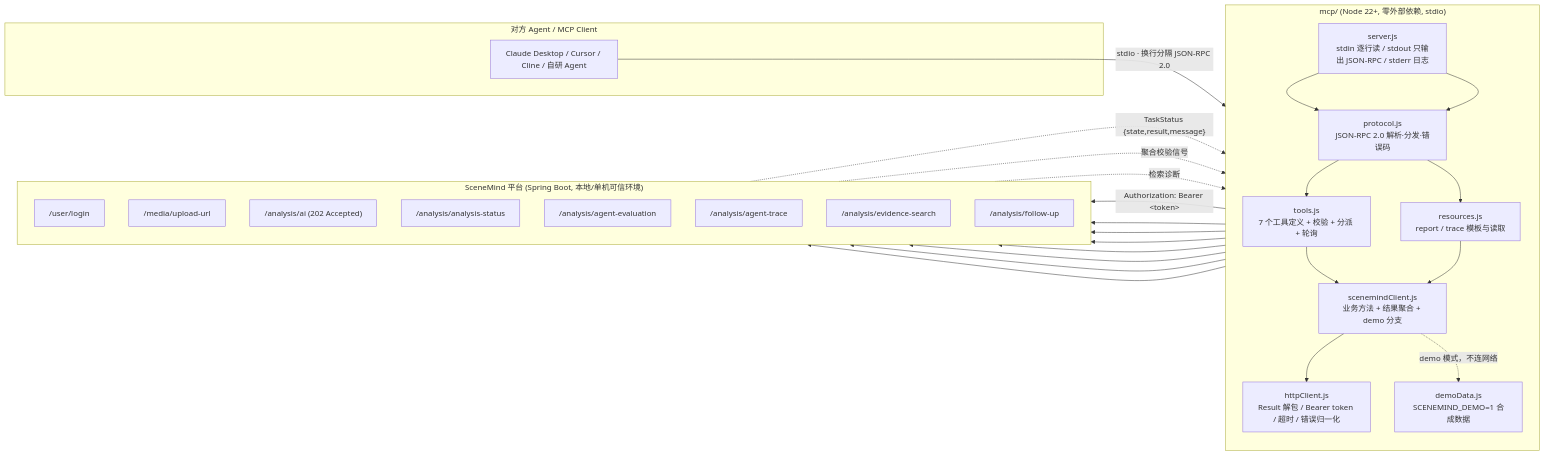
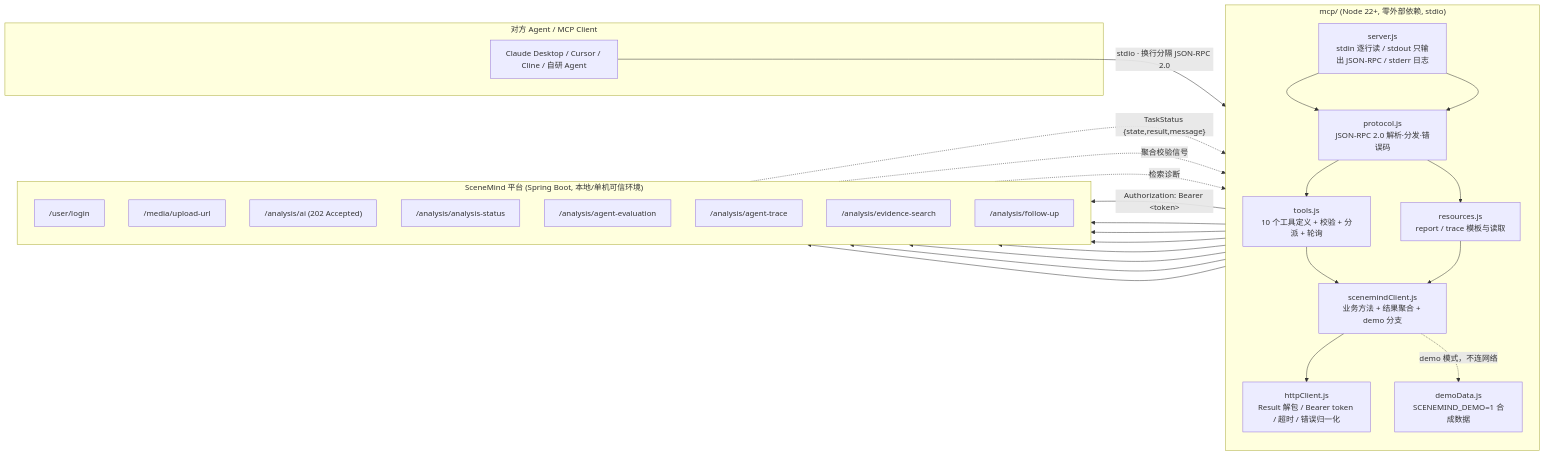
The diagram in docs/MCP_SERVER.md (Erfan817/SceneMind), drawn with Mermaid before and after one commit. The commit also changed other lines of this file and 62 other files, not shown here.

````diff
--- a/docs/MCP_SERVER.md
+++ b/docs/MCP_SERVER.md
@@ -27,48 +27,48 @@
 ```mermaid
 flowchart LR
     subgraph 调用方["对方 Agent / MCP Client"]
         A[Claude Desktop / Cursor / Cline / 自研 Agent]
     end
 
     subgraph mcp["mcp/ (Node 22+, 零外部依赖, stdio)"]
         direction TB
         S["server.js<br/>stdin 逐行读 / stdout 只输出 JSON-RPC / stderr 日志"]
         P["protocol.js<br/>JSON-RPC 2.0 解析·分发·错误码"]
-        T["tools.js<br/>7 个工具定义 + 校验 + 分派 + 轮询"]
+        T["tools.js<br/>10 个工具定义 + 校验 + 分派 + 轮询"]
         R["resources.js<br/>report / trace 模板与读取"]
         C["scenemindClient.js<br/>业务方法 + 结果聚合 + demo 分支"]
         H["httpClient.js<br/>Result 解包 / Bearer token / 超时 / 错误归一化"]
         D["demoData.js<br/>SCENEMIND_DEMO=1 合成数据"]
     end
 
     subgraph backend["SceneMind 平台 (Spring Boot, 本地/单机可信环境)"]
         direction TB
         U["/user/login"]
         M["/media/upload-url"]
         AI["/analysis/ai  (202 Accepted)"]
         ST["/analysis/analysis-status"]
         EV["/analysis/agent-evaluation"]
         TR["/analysis/agent-trace"]
         ES["/analysis/evidence-search"]
         FU["/analysis/follow-up"]
     end
 
     A -->|"stdio · 换行分隔 JSON-RPC 2.0"| S
     S --> P --> T
     S --> P --> R
     T --> C
     R --> C
     C --> H
     C -.->|"demo 模式，不连网络"| D
     H -->|"Authorization: Bearer &lt;token&gt;"| U
     H --> M
     H --> AI
     H --> ST
     H --> EV
     H --> TR
     H --> ES
     H --> FU
     ST -.->|"TaskStatus {state,result,message}"| C
     EV -.->|"聚合校验信号"| C
     TR -.->|"检索诊断"| C
 ```
````
